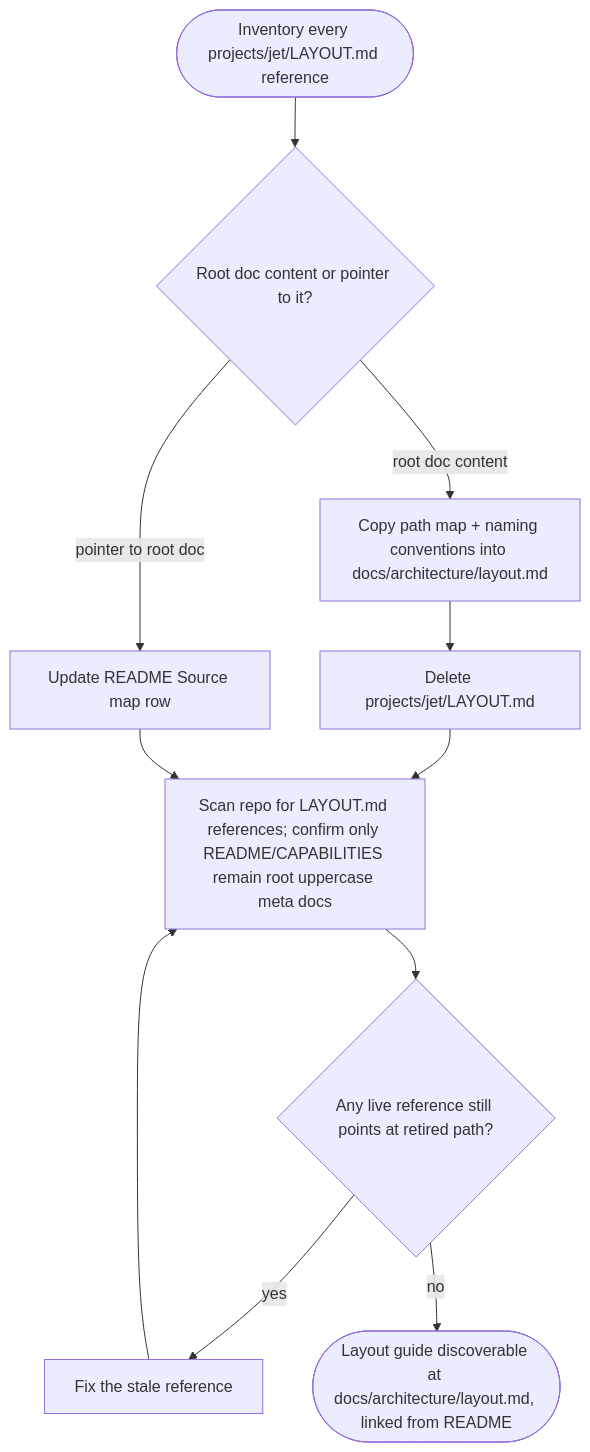
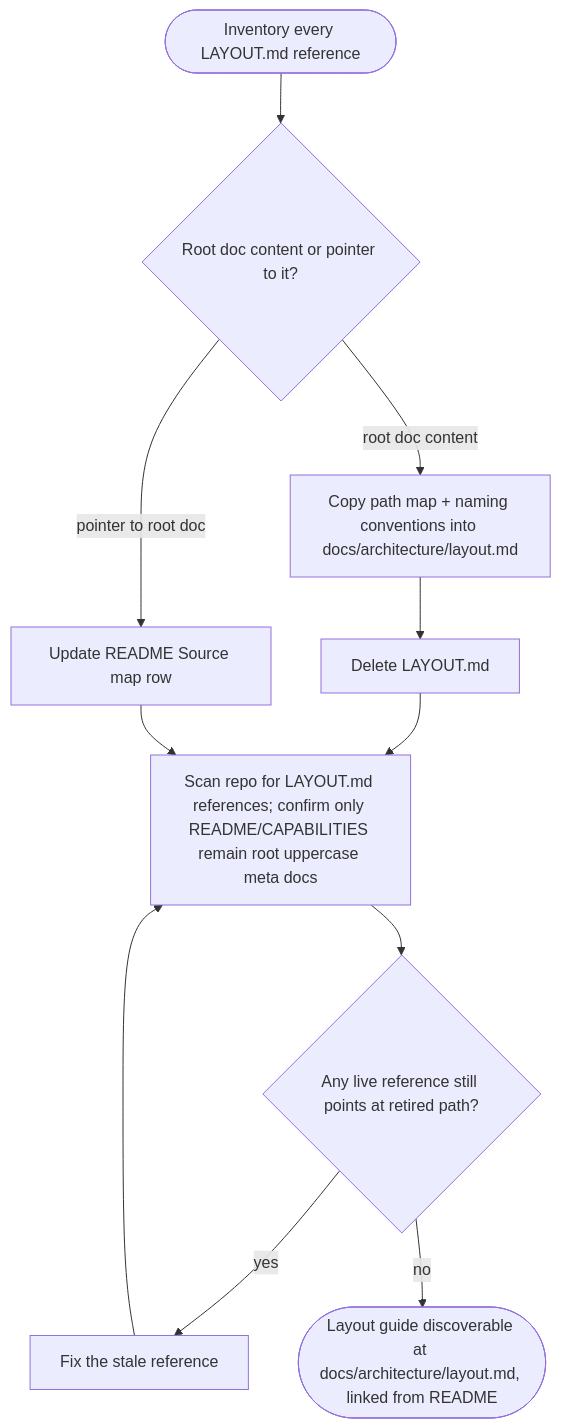
Before and after one commit to faberline/jet: the first of 2 diagrams in tech-design/logic/move-root-layout-meta-doc-into-scoped-architecture-documentation.md, drawn with Mermaid. The commit also changed other lines of this file and 222 other files, not shown here.

````diff
--- a/tech-design/logic/move-root-layout-meta-doc-into-scoped-architecture-documentation.md
+++ b/tech-design/logic/move-root-layout-meta-doc-into-scoped-architecture-documentation.md
@@ -24,76 +24,76 @@
 ```mermaid
 ---
 id: jet-project-architecture-and-authoring-clarity-flow
 entry: inventory
 nodes:
   inventory:
     kind: start
-    label: "Inventory every reference to projects/jet/LAYOUT.md\n(the root file itself + the README Source map pointer row)"
+    label: "Inventory every reference to LAYOUT.md\n(the root file itself + the README Source map pointer row)"
   classify:
     kind: decision
     label: "Is this reference the live root meta-doc file content,\nor a pointer to it (e.g. README Source map row)?"
   migrate_content:
     kind: process
     label: "Copy the top-level path map + crate/package naming\nconventions verbatim into\nprojects/jet/docs/architecture/layout.md"
   remove_root_doc:
     kind: process
-    label: "Delete projects/jet/LAYOUT.md so no project-root\nuppercase meta doc remains for jet"
+    label: "Delete LAYOUT.md so no project-root\nuppercase meta doc remains for jet"
   update_pointer:
     kind: process
-    label: "Update projects/jet/README.md Source map row to\nreference projects/jet/docs/architecture/layout.md"
+    label: "Update README.md Source map row to\nreference docs/architecture/layout.md"
   verify_scope:
     kind: process
     label: "Grep-scan the repo for LAYOUT.md references and confirm\nREADME.md/CAPABILITIES.md remain the only jet\nproject-root uppercase meta docs"
   stale:
     kind: decision
     label: "Does any live reference still point at the retired\nprojects/jet/LAYOUT.md path?"
   fix:
     kind: process
-    label: "Fix the stale projects/jet/LAYOUT.md reference"
+    label: "Fix the stale LAYOUT.md reference"
   done:
     kind: terminal
-    label: "projects/jet/LAYOUT.md no longer exists; the layout guide\nis discoverable at projects/jet/docs/architecture/layout.md\nand linked from README"
+    label: "LAYOUT.md no longer exists; the layout guide\nis discoverable at docs/architecture/layout.md\nand linked from README"
 edges:
   - from: inventory
     to: classify
     label: "reference classified"
   - from: classify
     to: migrate_content
     label: "root doc content"
   - from: classify
     to: update_pointer
     label: "pointer to root doc"
   - from: migrate_content
     to: remove_root_doc
     label: "content preserved in scoped doc"
   - from: remove_root_doc
     to: verify_scope
     label: "root doc removed"
   - from: update_pointer
     to: verify_scope
     label: "pointer updated"
   - from: verify_scope
     to: stale
     label: "scan complete"
   - from: stale
     to: fix
     label: "yes"
   - from: fix
     to: verify_scope
     label: "retry"
   - from: stale
     to: done
     label: "no"
 ---
 flowchart TD
-    inventory([Inventory every projects/jet/LAYOUT.md reference]) --> classify{Root doc content or pointer to it?}
+    inventory([Inventory every LAYOUT.md reference]) --> classify{Root doc content or pointer to it?}
     classify -- root doc content --> migrate_content[Copy path map + naming conventions into docs/architecture/layout.md]
     classify -- pointer to root doc --> update_pointer[Update README Source map row]
-    migrate_content --> remove_root_doc[Delete projects/jet/LAYOUT.md]
+    migrate_content --> remove_root_doc[Delete LAYOUT.md]
     remove_root_doc --> verify_scope[Scan repo for LAYOUT.md references; confirm only README/CAPABILITIES remain root uppercase meta docs]
     update_pointer --> verify_scope
     verify_scope --> stale{Any live reference still points at retired path?}
     stale -- yes --> fix[Fix the stale reference]
     fix --> verify_scope
     stale -- no --> done([Layout guide discoverable at docs/architecture/layout.md, linked from README])
 ```
````
